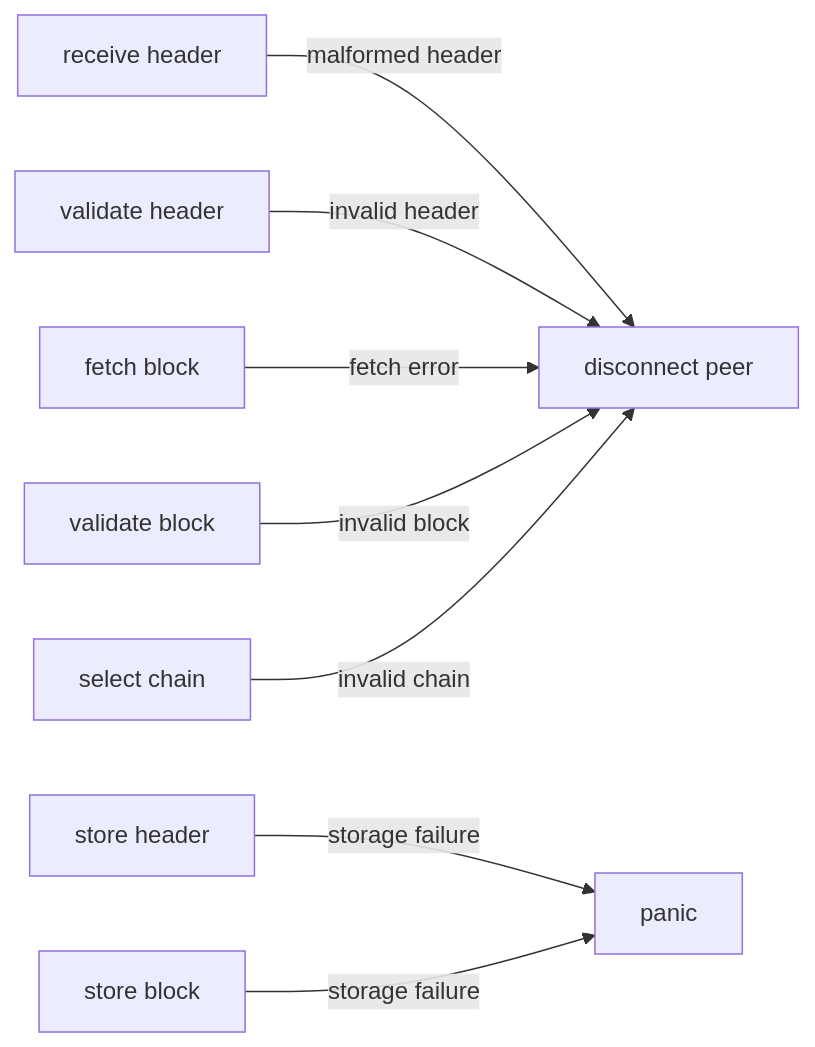
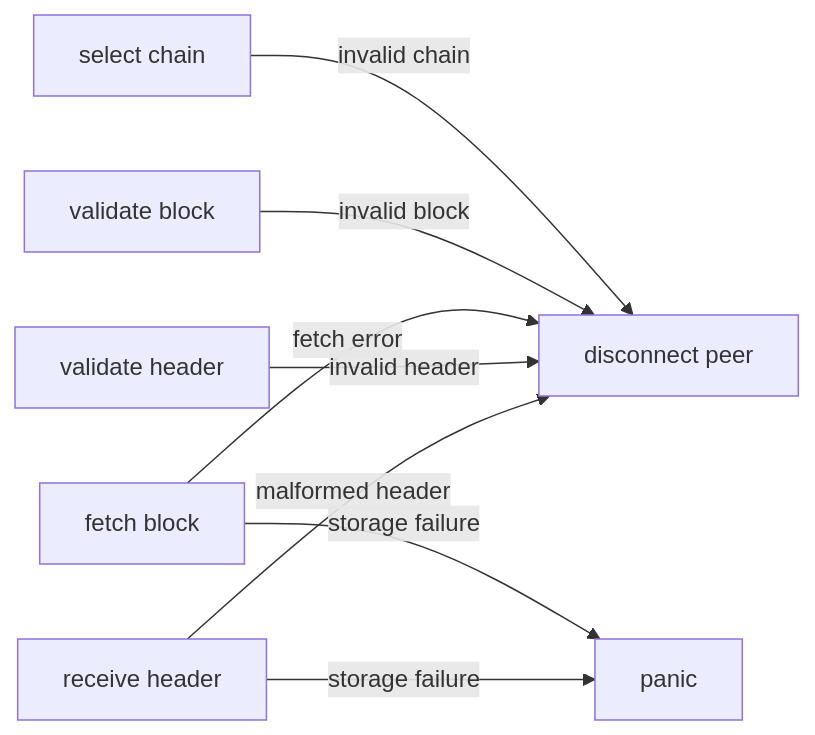
Before and after one commit to pragma-org/amaru: the second of 2 diagrams in crates/amaru-consensus/README.md, drawn with Mermaid. The commit also changed other lines of this file, not shown here.

Commit message:
docs: update the consensus diagram

````diff
--- a/crates/amaru-consensus/README.md
+++ b/crates/amaru-consensus/README.md
@@ -75,23 +68,20 @@
 ```mermaid
 graph LR
     receive_header[receive header]
-    store_header[store header]
     validate_header[validate header]
     fetch_block[fetch block]
-    store_block[store block]
     validate_block[validate block]
     select_chain[select chain]
 
     disconnect_peer[disconnect peer]
     panic[panic]
 
     receive_header -- malformed header --> disconnect_peer
     validate_header -- invalid header --> disconnect_peer
     fetch_block -- fetch error --> disconnect_peer
     validate_block -- invalid block --> disconnect_peer
     select_chain -- invalid chain --> disconnect_peer
 
-    store_header -- storage failure --> panic
-    store_block -- storage failure --> panic
-
+    receive_header -- storage failure --> panic
+    fetch_block -- storage failure --> panic
 ```
````
